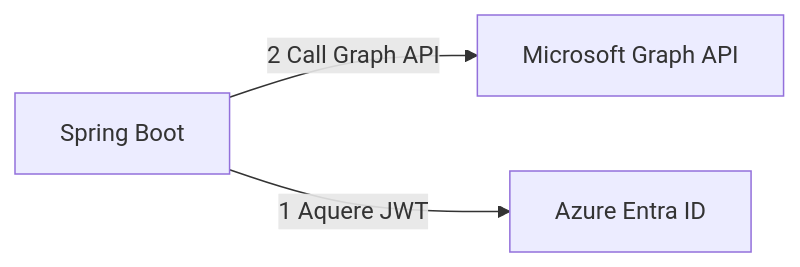
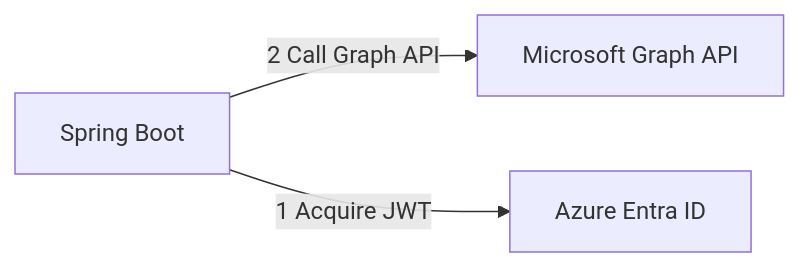
The diagram in README.md (openleap-io/spring-azure-mail), drawn with Mermaid before and after one commit.

````diff
--- a/README.md
+++ b/README.md
@@ -6,6 +6,6 @@
 ```mermaid
 graph LR
     A[Spring Boot]-- 2 Call Graph API -->B[Microsoft Graph API]
-    A-- 1 Aquere JWT -->C[Azure Entra ID]
+    A-- 1 Acquire JWT -->C[Azure Entra ID]
 
 ```
````
